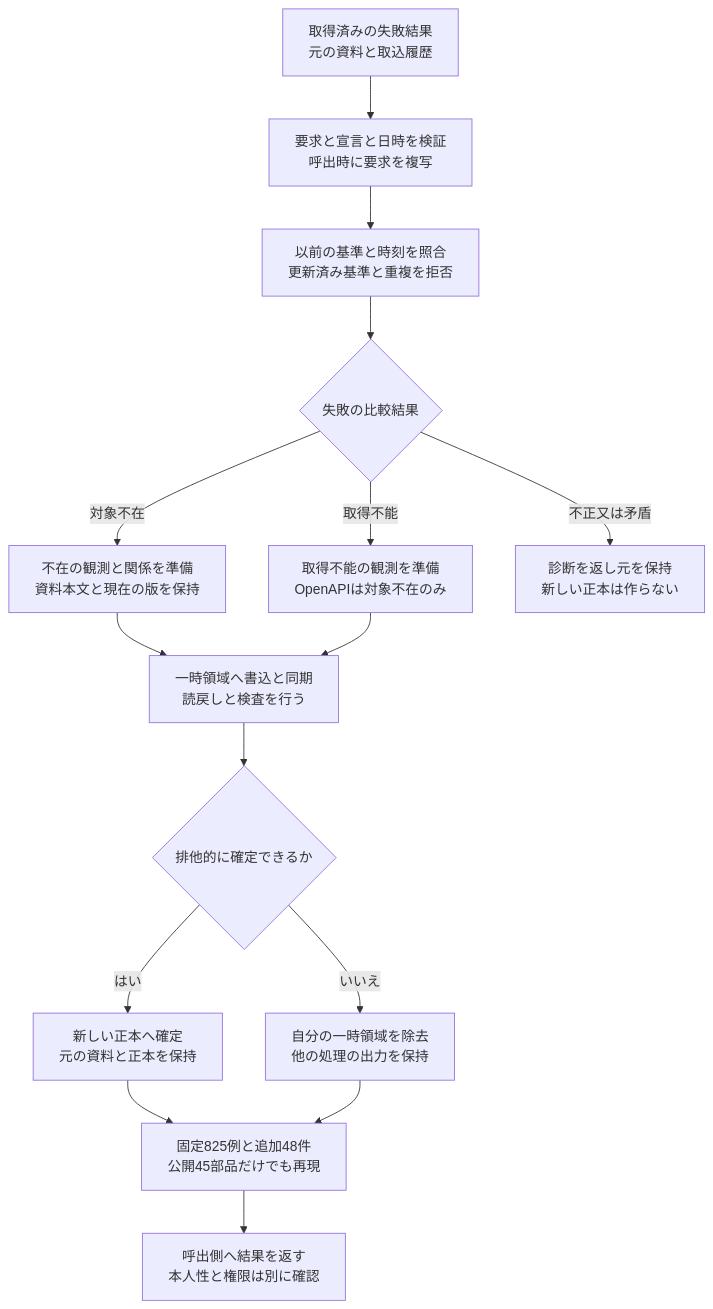
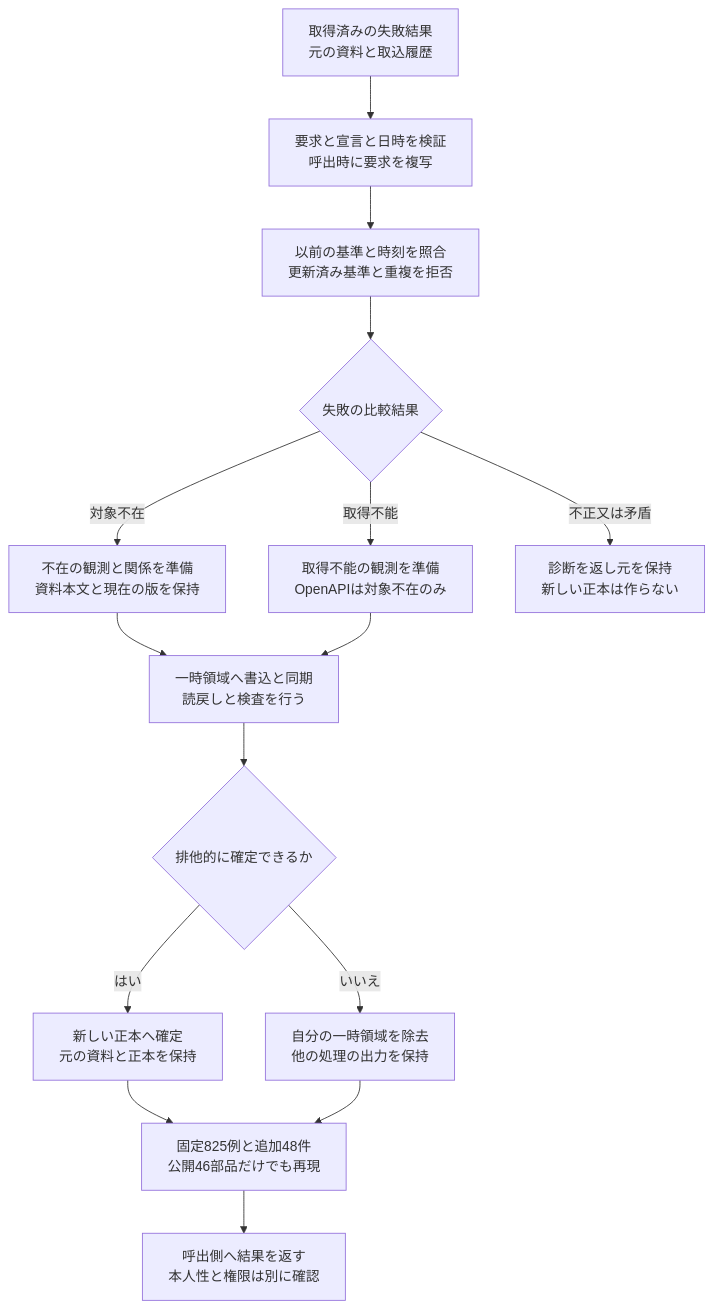
Before and after one commit to koukemo/morivyx: the diagram in docs/diagrams/python-import-availability.mmd, drawn with Mermaid. The commit also changed 44 other files, not shown here.

```diff
--- a/docs/diagrams/python-import-availability.mmd
+++ b/docs/diagrams/python-import-availability.mmd
@@ -1,15 +1,15 @@
 flowchart TD
   A[取得済みの失敗結果<br/>元の資料と取込履歴] --> B[要求と宣言と日時を検証<br/>呼出時に要求を複写]
   B --> C[以前の基準と時刻を照合<br/>更新済み基準と重複を拒否]
   C --> D{失敗の比較結果}
   D -->|対象不在| E[不在の観測と関係を準備<br/>資料本文と現在の版を保持]
   D -->|取得不能| F[取得不能の観測を準備<br/>OpenAPIは対象不在のみ]
   D -->|不正又は矛盾| G[診断を返し元を保持<br/>新しい正本は作らない]
   E --> H[一時領域へ書込と同期<br/>読戻しと検査を行う]
   F --> H
   H --> I{排他的に確定できるか}
   I -->|はい| J[新しい正本へ確定<br/>元の資料と正本を保持]
   I -->|いいえ| K[自分の一時領域を除去<br/>他の処理の出力を保持]
-  J --> L[固定825例と追加48件<br/>公開45部品だけでも再現]
+  J --> L[固定825例と追加48件<br/>公開46部品だけでも再現]
   K --> L
   L --> M[呼出側へ結果を返す<br/>本人性と権限は別に確認]
```
